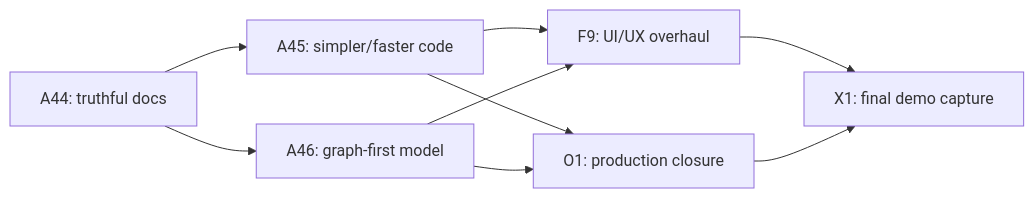
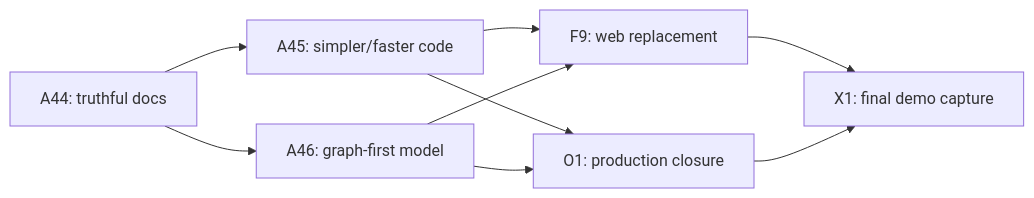
One commit to Akshat-Tiwari69/Trace changed the diagram in docs/Implementation.md. Above: the diagram before and after it, drawn with Mermaid. The commit also changed other lines of this file and 93 other files, not shown here.

````diff
--- a/docs/Implementation.md
+++ b/docs/Implementation.md
@@ -29,11 +29,11 @@
 ```mermaid
 flowchart LR
     A44["A44: truthful docs"] --> A45["A45: simpler/faster code"]
     A44 --> A46["A46: graph-first model"]
-    A45 --> F9["F9: UI/UX overhaul"]
+    A45 --> F9["F9: web replacement"]
     A46 --> F9
     A45 --> O1["O1: production closure"]
     A46 --> O1
     F9 --> X1["X1: final demo capture"]
     O1 --> X1
 ```
````
